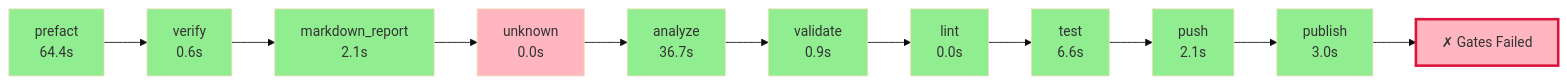
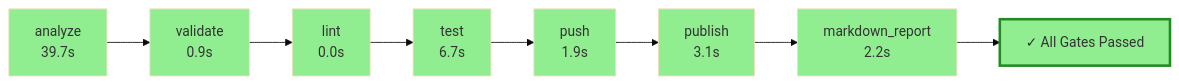
Before and after one commit to semcod/vallm: the diagram in .pyqual/report.md, drawn with Mermaid (base theme). The commit also changed other lines of this file and 3 other files, not shown here.

````diff
--- a/.pyqual/report.md
+++ b/.pyqual/report.md
@@ -10,35 +10,26 @@
 ```mermaid
 flowchart LR
-    S0["prefact<br/>64.4s"]
+    S0["analyze<br/>39.7s"]
     style S0 fill:#90EE90
-    S1["verify<br/>0.6s"]
+    S1["validate<br/>0.9s"]
     style S1 fill:#90EE90
     S0 --> S1
-    S2["markdown_report<br/>2.1s"]
+    S2["lint<br/>0.0s"]
     style S2 fill:#90EE90
     S1 --> S2
-    S3["unknown<br/>0.0s"]
-    style S3 fill:#FFB6C1
+    S3["test<br/>6.7s"]
+    style S3 fill:#90EE90
     S2 --> S3
-    S4["analyze<br/>36.7s"]
+    S4["push<br/>1.9s"]
     style S4 fill:#90EE90
     S3 --> S4
-    S5["validate<br/>0.9s"]
+    S5["publish<br/>3.1s"]
     style S5 fill:#90EE90
     S4 --> S5
-    S6["lint<br/>0.0s"]
+    S6["markdown_report<br/>2.2s"]
     style S6 fill:#90EE90
     S5 --> S6
-    S7["test<br/>6.6s"]
-    style S7 fill:#90EE90
-    S6 --> S7
-    S8["push<br/>2.1s"]
-    style S8 fill:#90EE90
-    S7 --> S8
-    S9["publish<br/>3.0s"]
-    style S9 fill:#90EE90
-    S8 --> S9
-    G["✗ Gates Failed"]
-    style G fill:#FFB6C1,stroke:#DC143C,stroke-width:3px
-    S9 --> G
+    G["✓ All Gates Passed"]
+    style G fill:#90EE90,stroke:#228B22,stroke-width:3px
+    S6 --> G
 ```
````
